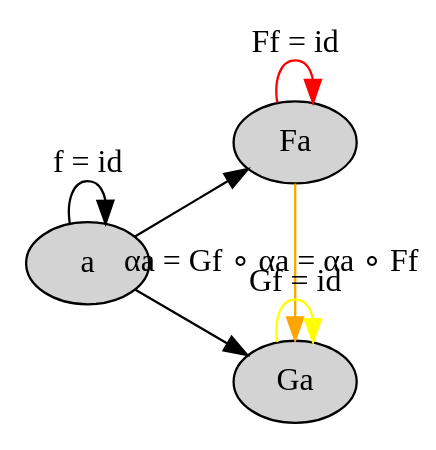
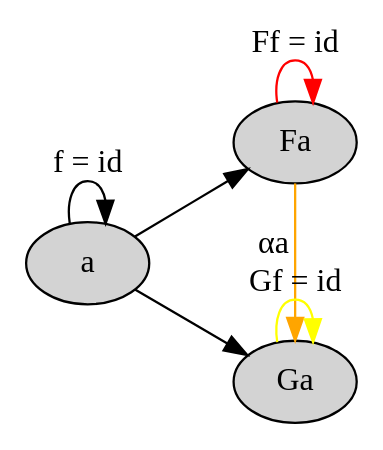
One commit to evenbrenden/ct4p-challenges changed the diagram in chapter17-challenge1-part5.dot. Above: the diagram before and after it, drawn with Graphviz. The commit also changed 14 other files, not shown here.

```diff
--- a/chapter17-challenge1-part5.dot
+++ b/chapter17-challenge1-part5.dot
@@ -1,18 +1,18 @@
 digraph {
   node [style="filled" color="black" fillcolor="lightgray"]
 
   rankdir=LR
   { rank=same a }
   { rank=same Fa Ga }
 
   a [label="a"]
   Fa [label="Fa"]
   Ga [label="Ga"]
 
   a -> a [label="f = id"]
   a -> Fa
   a -> Ga
   Fa -> Fa [label="Ff = id" color="red"]
   Ga -> Ga [label="Gf = id" color="yellow"]
-  Fa -> Ga [label="αa = Gf ∘ αa = αa ∘ Ff" color="orange"]
+  Fa -> Ga [xlabel="αa" color="orange"]
 }
```
